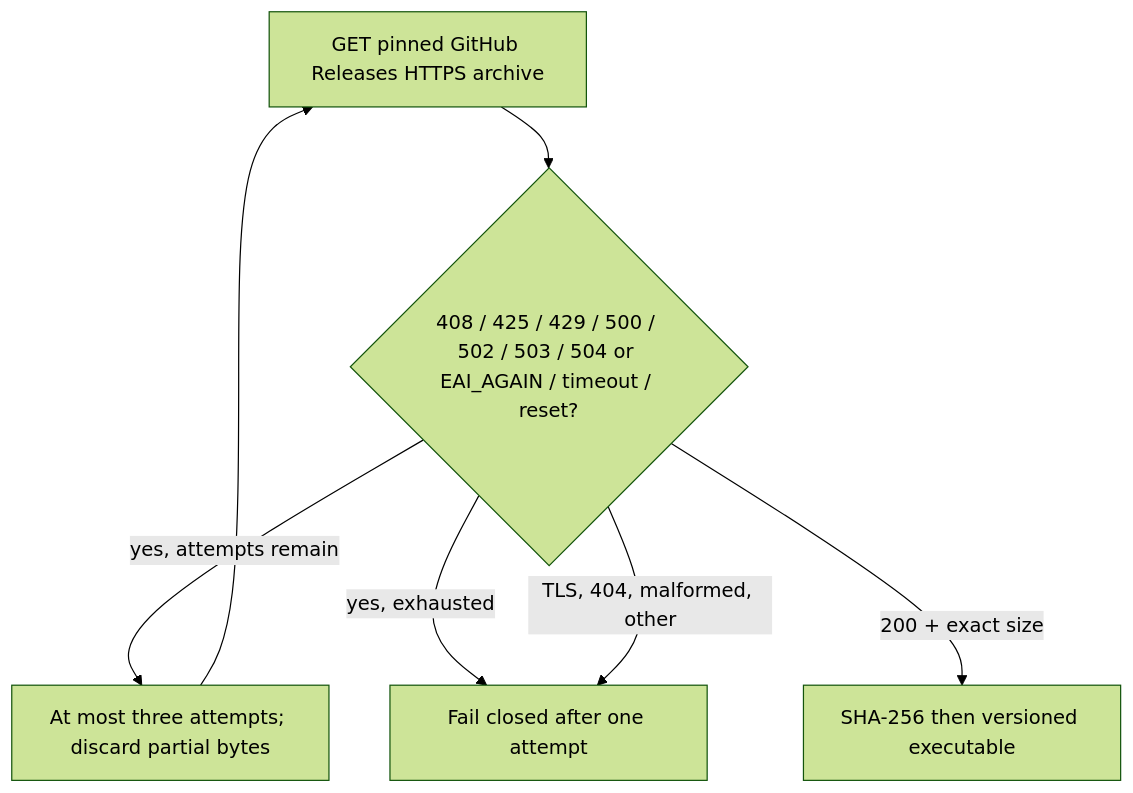
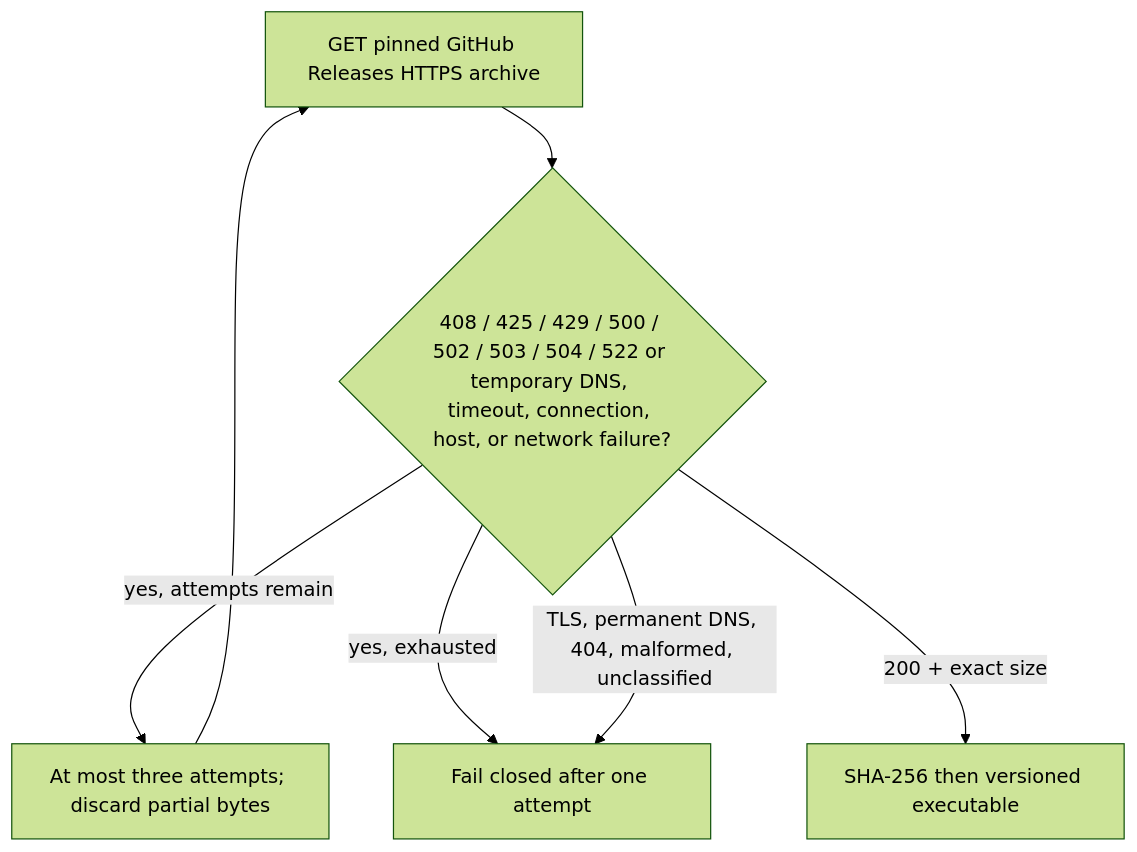
One commit to ContextualWisdomLab/.github changed the third of 4 diagrams in ARCHITECTURE.md. Above: the diagram before and after it, drawn with Mermaid (forest theme). The commit also changed other lines of this file and 2 other files, not shown here.

````diff
--- a/ARCHITECTURE.md
+++ b/ARCHITECTURE.md
@@ -75,15 +75,15 @@
 ```mermaid
 flowchart TD
   Get["GET pinned GitHub Releases HTTPS archive"]
-  Status{"408 / 425 / 429 / 500 / 502 / 503 / 504 or EAI_AGAIN / timeout / reset?"}
+  Status{"408 / 425 / 429 / 500 / 502 / 503 / 504 / 522 or temporary DNS, timeout, connection, host, or network failure?"}
   Retry["At most three attempts; discard partial bytes"]
   Verify["SHA-256 then versioned executable"]
   Fail["Fail closed after one attempt"]
 
   Get --> Status
   Status -->|"yes, attempts remain"| Retry
   Retry --> Get
   Status -->|"yes, exhausted"| Fail
-  Status -->|"TLS, 404, malformed, other"| Fail
+  Status -->|"TLS, permanent DNS, 404, malformed, unclassified"| Fail
   Status -->|"200 + exact size"| Verify
 ```
````
